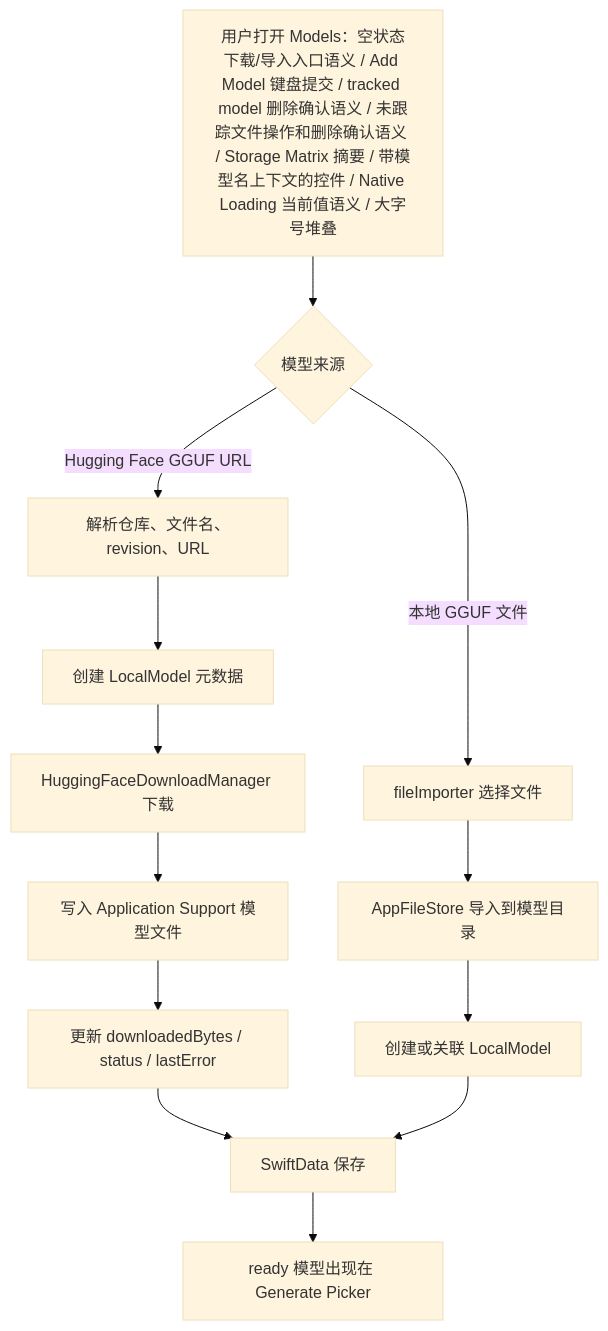
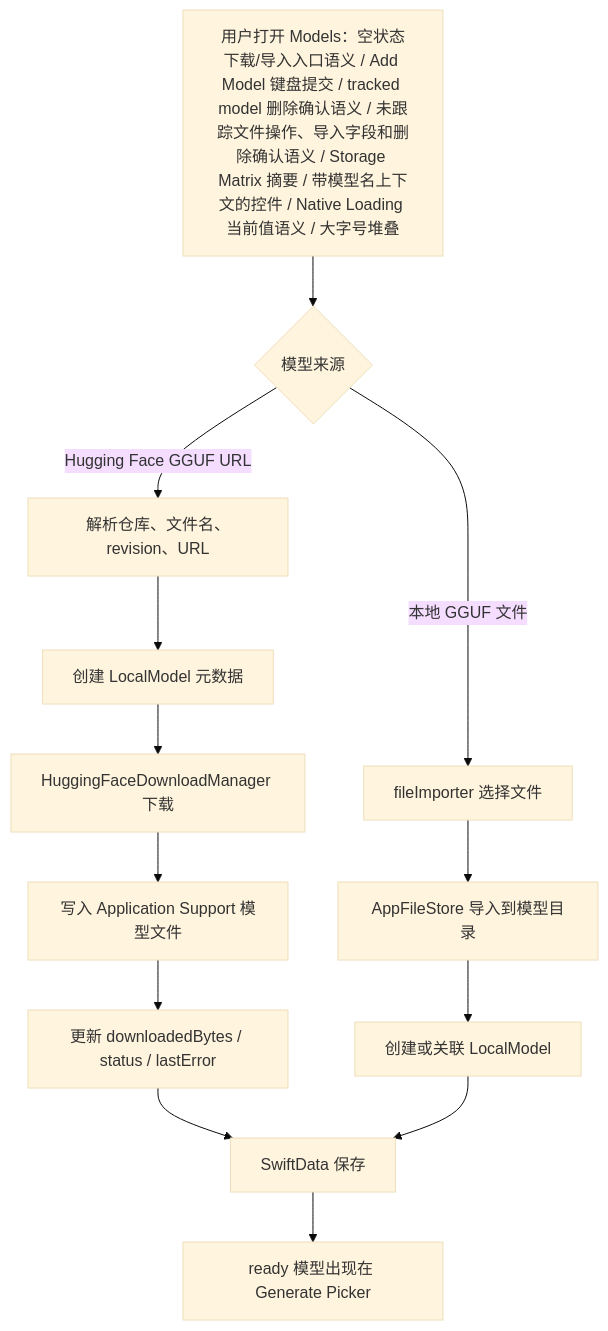
One commit to Altman-sam114/118 changed the third of 7 diagrams in md/flow/flowchart.md. Above: the diagram before and after it, drawn with Mermaid (base theme). The commit also changed other lines of this file and 5 other files, not shown here.

````diff
--- a/md/flow/flowchart.md
+++ b/md/flow/flowchart.md
@@ -66,15 +66,15 @@
 ```mermaid
 flowchart TD
-  A["用户打开 Models：空状态下载/导入入口语义 / Add Model 键盘提交 / tracked model 删除确认语义 / 未跟踪文件操作和删除确认语义 / Storage Matrix 摘要 / 带模型名上下文的控件 / Native Loading 当前值语义 / 大字号堆叠"] --> B{"模型来源"}
+  A["用户打开 Models：空状态下载/导入入口语义 / Add Model 键盘提交 / tracked model 删除确认语义 / 未跟踪文件操作、导入字段和删除确认语义 / Storage Matrix 摘要 / 带模型名上下文的控件 / Native Loading 当前值语义 / 大字号堆叠"] --> B{"模型来源"}
   B -- "Hugging Face GGUF URL" --> C["解析仓库、文件名、revision、URL"]
   C --> D["创建 LocalModel 元数据"]
   D --> E["HuggingFaceDownloadManager 下载"]
   E --> F["写入 Application Support 模型文件"]
   F --> G["更新 downloadedBytes / status / lastError"]
   B -- "本地 GGUF 文件" --> H["fileImporter 选择文件"]
   H --> I["AppFileStore 导入到模型目录"]
   I --> J["创建或关联 LocalModel"]
   G --> K["SwiftData 保存"]
   J --> K
   K --> L["ready 模型出现在 Generate Picker"]
 ```
````
